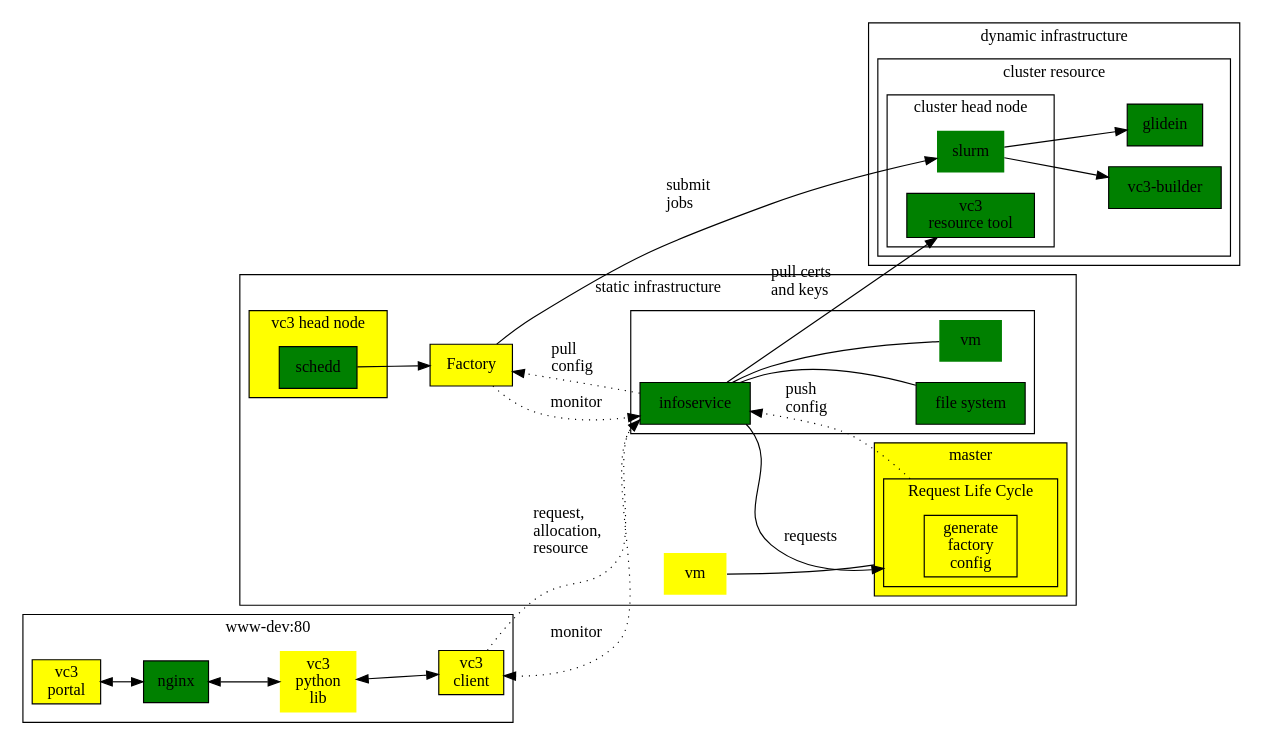
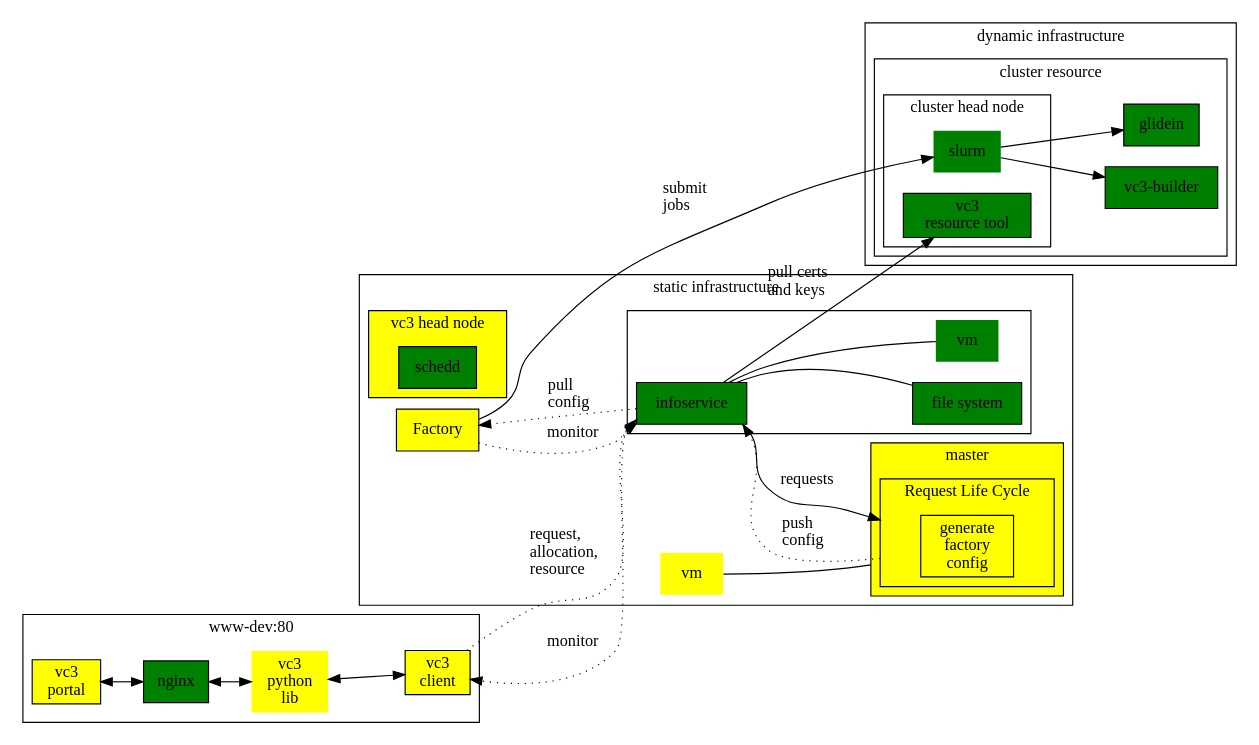
Before and after one commit to vc3-project/vc3-docs: the diagram in diagrams/all_semaphore_092017.dot, drawn with Graphviz.

Commit message:
updates after meeting

```diff
--- a/diagrams/all_semaphore_092017.dot
+++ b/diagrams/all_semaphore_092017.dot
@@ -1,101 +1,99 @@
 digraph vc3 {
     compound    = true;
     #concentrate = true;
     labelloc    = "tl";
     rankdir     = "LR";
 
     node [shape=box, style=filled];
 
 
     subgraph cluster_web {
         label = "www-dev:80";
 
         nginx         [fillcolor=green];
         vc3lib_web    [label = "vc3\npython\nlib"][shape="none"][fillcolor = yellow];
         vc3client_web [label = "vc3\nclient"][fillcolor = yellow];
 
         portal        [label = "vc3\nportal"][fillcolor = yellow];
 
         nginx         -> vc3lib_web    [dir = both];
         vc3lib_web    -> vc3client_web [dir = both];
 
         portal        -> nginx         [dir = both];
     }
 
     subgraph cluster_static {
         label = "static infrastructure";
 
         vmmaster     [label = "vm"][shape = none][fillcolor = yellow];
         apf          [label = "Factory"][fillcolor = yellow];
 
         subgraph cluster_infoservice {
             label     = "";
             infoservice  [fillcolor = green];
             fsinfo       [label="file system"][fillcolor = green];
             vminfo       [label = "vm"][shape = none][fillcolor = green];
 
             infoservice   -> vminfo     [dir = none];
             infoservice  -> fsinfo [dir = none];
         }
 
         subgraph cluster_headnode {
             style     = filled;
             fillcolor = yellow;
 
             label = "vc3 head node";
             
             schedd [ label = "schedd" ][ fillcolor = "green" ];
         }
 
         subgraph cluster_master {
             style     = filled;
             fillcolor = yellow;
 
             label = "master";
 
             subgraph cluster_request_lc
                 {
                     label = "Request Life Cycle";
                     fillcolor = yellow;
                     genconf [label = "generate\nfactory\nconfig"][fillcolor = yellow];
                 }
         }
 
         infoservice  -> genconf      [label = "\n\n\n\n\nrequests", lhead = cluster_request_lc];
         genconf      -> infoservice  [label = "push\lconfig\l", ltail = cluster_request_lc, style = dotted];
 
         infoservice  -> apf         [label = "\npull\lconfig\l"][style = dotted];
         apf          -> infoservice [label = "monitor"][style = dotted];
 
         vmmaster     -> genconf     [lhead = cluster_master][dir = none];
     }
 
     subgraph cluster_dynamic {
         label = "dynamic infrastructure";
 
         subgraph cluster_resource {
             label = "cluster resource";
 
             subgraph cluster_resource_head_node {
                 label = "cluster head node";
                 vc3resourcetool [label = "vc3\nresource tool"][fillcolor = green];
                 slurm           [shape = none][fillcolor = green];
             }
 
             vc3builder   [label = "vc3-builder"][fillcolor = green];
             glidein      [fillcolor = green];
 
             slurm        -> vc3builder;
             slurm        -> glidein;
         }
     }
 
     vc3client_web -> infoservice   [ label = "request,\lallocation,\lresource\l" ][style = dotted];
     infoservice   -> vc3client_web [ label = "\nmonitor" ][style = dotted];
 
     apf          -> slurm       [label = "\n\nsubmit\ljobs\l"];
 
-    schedd       -> apf;
-
     infoservice -> vc3resourcetool [label = "\n\n\npull certs\land keys\l"];
 }
```
